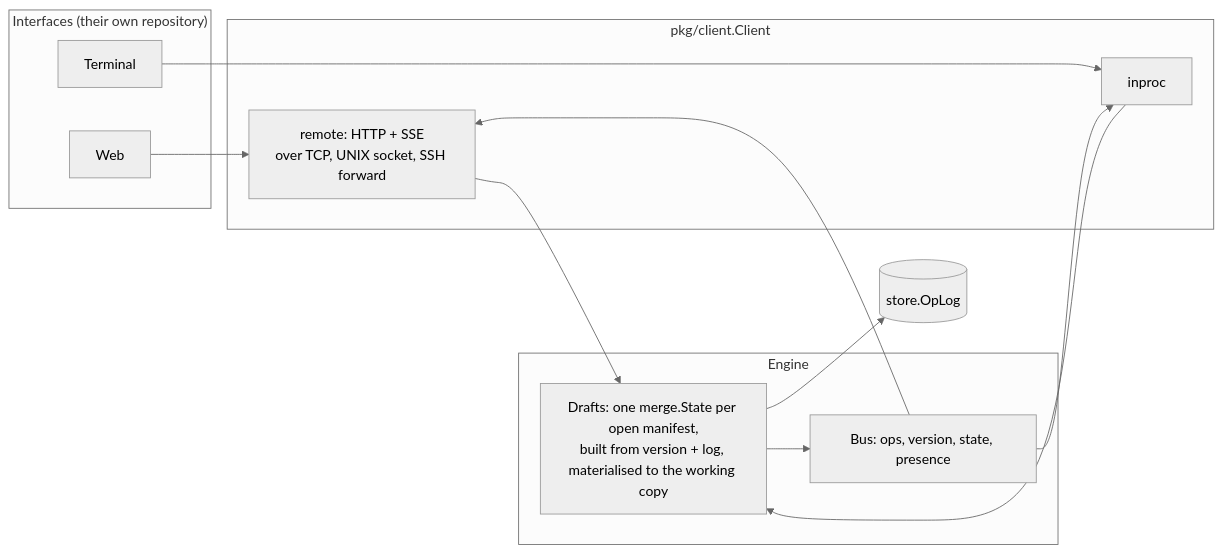
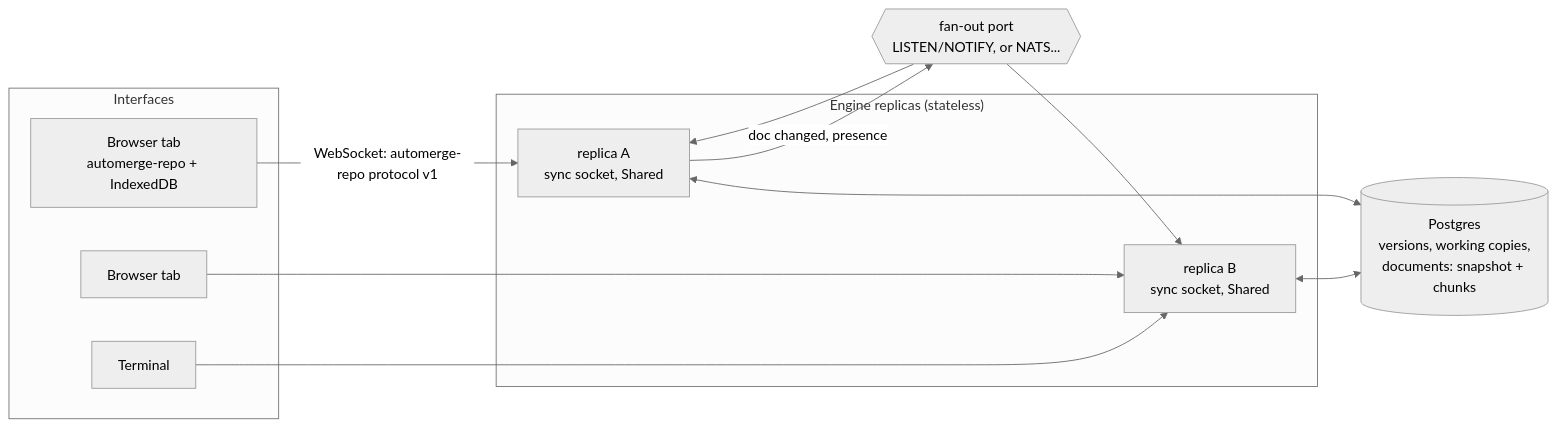
One commit to ProjectCartograph/cartograph-engine changed the diagram in docs/MULTIPLAYER.md. Above: the diagram before and after it, drawn with Mermaid (neutral theme). The commit also changed other lines of this file and 9 other files, not shown here.

````diff
--- a/docs/MULTIPLAYER.md
+++ b/docs/MULTIPLAYER.md
@@ -102,22 +167,22 @@
 ```mermaid
 flowchart LR
-    subgraph interfaces["Interfaces (their own repository)"]
-        W["Web"]
+    subgraph clients["Interfaces"]
+        B1["Browser tab<br/>automerge-repo + IndexedDB"]
+        B2["Browser tab"]
         T["Terminal"]
     end
-    subgraph port["pkg/client.Client"]
-        I["inproc"]
-        R["remote: HTTP + SSE\nover TCP, UNIX socket, SSH forward"]
+    subgraph replicas["Engine replicas (stateless)"]
+        R1["replica A<br/>sync socket, Shared"]
+        R2["replica B<br/>sync socket, Shared"]
     end
-    subgraph engine["Engine"]
-        D["Drafts: one merge.State per open manifest,\nbuilt from version + log, materialised to the working copy"]
-        B["Bus: ops, version, state, presence"]
-    end
-    L[("store.OpLog")]
-    T --> I --> D
-    W --> R --> D
-    D --> L
-    D --> B
-    B --> I
-    B --> R
+    PG[("Postgres<br/>versions, working copies,<br/>documents: snapshot + chunks")]
+    F{{"fan-out port<br/>LISTEN/NOTIFY, or NATS..."}}
+    B1 -- "WebSocket: automerge-repo protocol v1" --> R1
+    B2 --> R2
+    T --> R2
+    R1 <--> PG
+    R2 <--> PG
+    R1 -- "doc changed, presence" --> F
+    F --> R2
+    F --> R1
 ```
````
